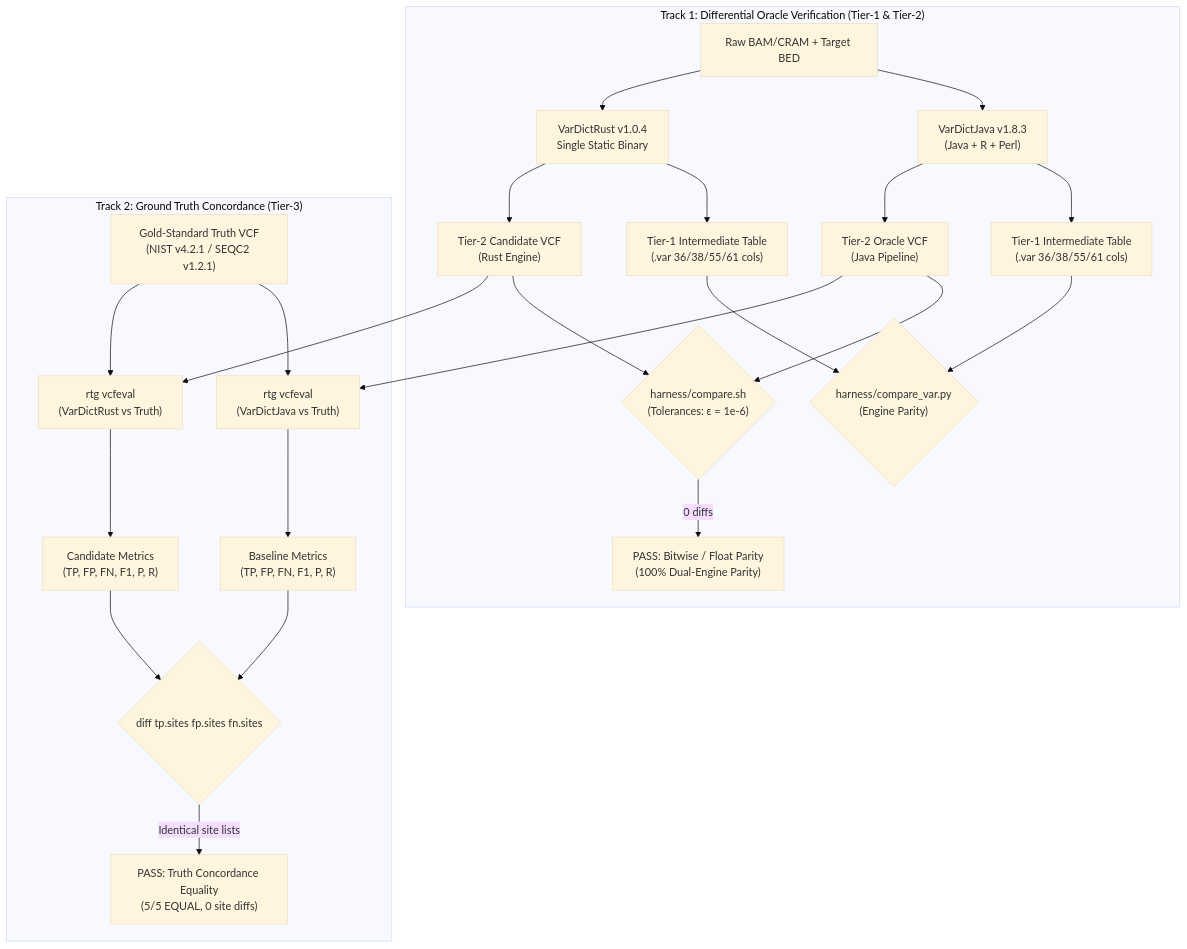
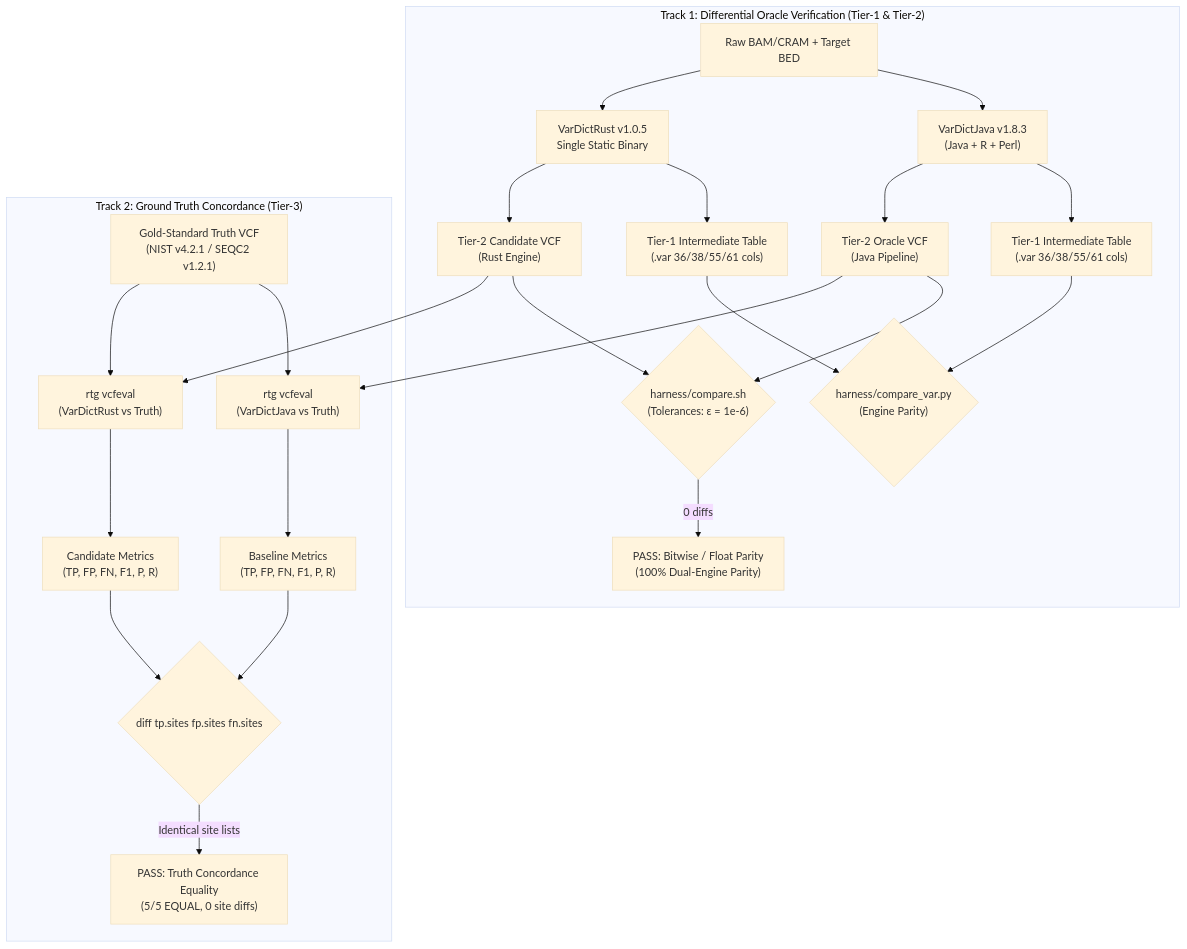
The diagram in docs/validation/omnibus-empirical-validation.md (palakpsheth/VarDictRust), drawn with Mermaid (base theme) before and after one commit. The commit also changed other lines of this file and 39 other files, not shown here.

First line of the commit message:
release: prepare VarDictRust v1.0.5 (#58)

````diff
--- a/docs/validation/omnibus-empirical-validation.md
+++ b/docs/validation/omnibus-empirical-validation.md
@@ -61,27 +61,27 @@
 ```mermaid
 flowchart TD
     subgraph Track1 ["Track 1: Differential Oracle Verification (Tier-1 & Tier-2)"]
         D1["Raw BAM/CRAM + Target BED"] --> VDJ["VarDictJava v1.8.3\n(Java + R + Perl)"]
-        D1 --> VDR["VarDictRust v1.0.4<br/>Single Static Binary"]
+        D1 --> VDR["VarDictRust v1.0.5<br/>Single Static Binary"]
         VDJ --> VAR_J["Tier-1 Intermediate Table\n(.var 36/38/55/61 cols)"]
         VDR --> VAR_R["Tier-1 Intermediate Table\n(.var 36/38/55/61 cols)"]
         VAR_J & VAR_R --> CMP_VAR{"harness/compare_var.py\n(Engine Parity)"}
         VDJ --> VCF_J["Tier-2 Oracle VCF\n(Java Pipeline)"]
         VDR --> VCF_R["Tier-2 Candidate VCF\n(Rust Engine)"]
         VCF_J --> CMP{"harness/compare.sh\n(Tolerances: ε = 1e-6)"}
         VCF_R --> CMP
         CMP -->|0 diffs| MATCH["PASS: Bitwise / Float Parity\n(100% Dual-Engine Parity)"]
     end
 
     subgraph Track2 ["Track 2: Ground Truth Concordance (Tier-3)"]
         VCF_J --> RTG1["rtg vcfeval\n(VarDictJava vs Truth)"]
         VCF_R --> RTG2["rtg vcfeval\n(VarDictRust vs Truth)"]
         TRUTH["Gold-Standard Truth VCF\n(NIST v4.2.1 / SEQC2 v1.2.1)"] --> RTG1
         TRUTH --> RTG2
         RTG1 --> MET_J["Baseline Metrics\n(TP, FP, FN, F1, P, R)"]
         RTG2 --> MET_R["Candidate Metrics\n(TP, FP, FN, F1, P, R)"]
         MET_J --> DIFF{"diff tp.sites fp.sites fn.sites"}
         MET_R --> DIFF
         DIFF -->|Identical site lists| EQUAL["PASS: Truth Concordance Equality\n(5/5 EQUAL, 0 site diffs)"]
     end
 ```
````
